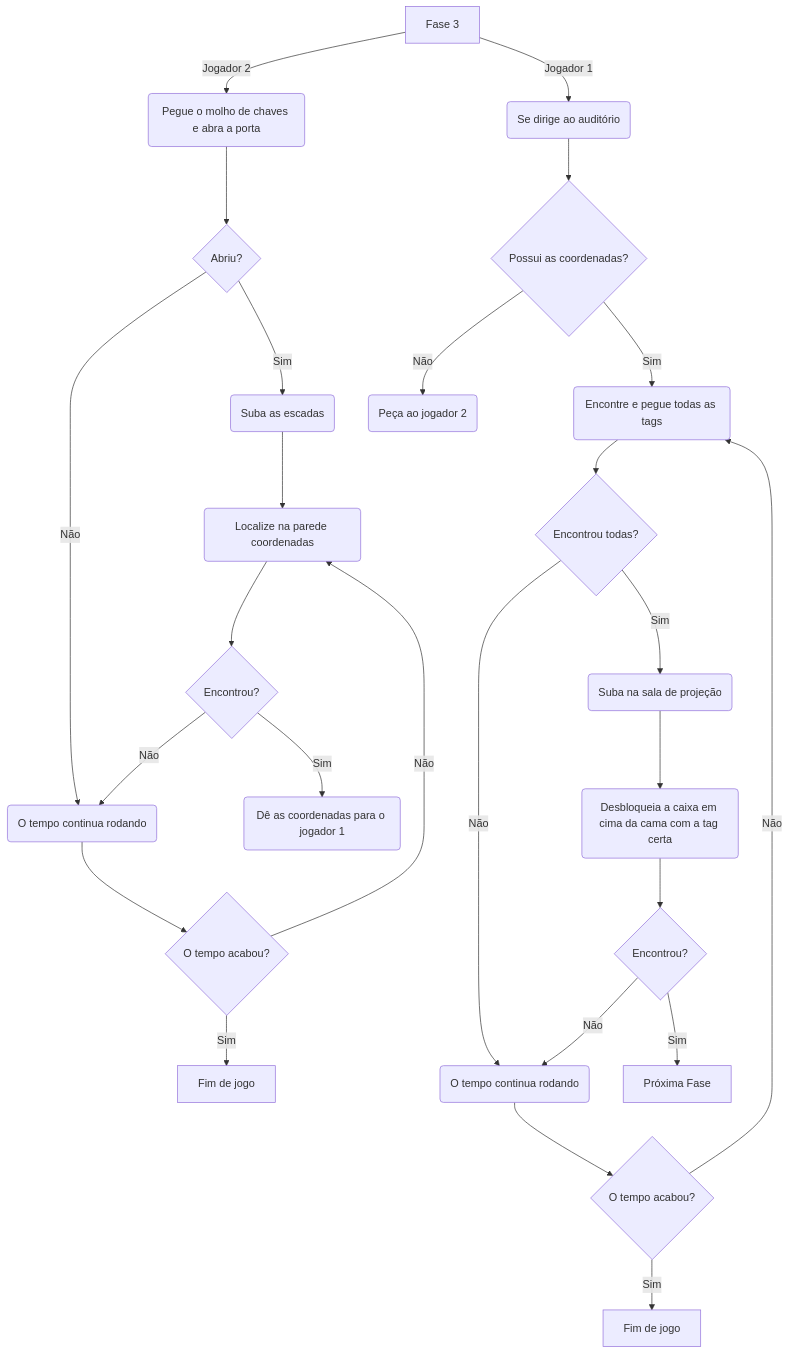
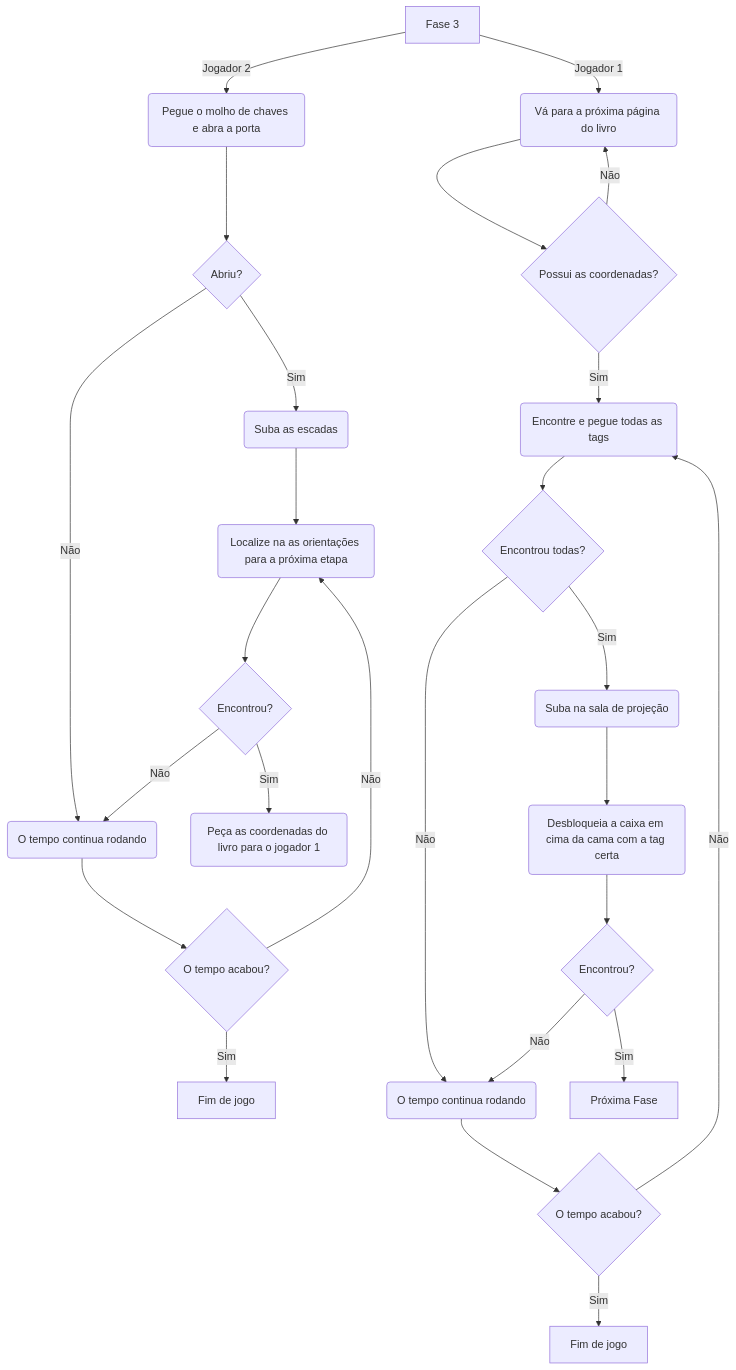
One commit to DinamicCreative/EscapeRoom changed the fourth of 4 diagrams in README.md. Above: the diagram before and after it, drawn with Mermaid.

````diff
--- a/README.md
+++ b/README.md
@@ -110,39 +110,38 @@
 ```mermaid
 flowchart TD
   AA[Fase 3]
-  AA --> |Jogador 1| BB(Se dirige ao auditório)
+  AA --> |Jogador 1| BB(Vá para a próxima página do livro)
   AA --> |Jogador 2| CC(Pegue o molho de chaves e abra a porta)
   CC --> DD{Abriu?}
  
  DD --> |Sim| EE(Suba as escadas)
 DD --> |Não| HH
 
 
- EE --> JJ(Localize na parede coordenadas)
+ EE --> JJ(Localize na as orientações para a próxima etapa)
  JJ --> KK{Encontrou?}
- KK --> |Sim| LL(Dê as coordenadas para o jogador 1  )
+ KK --> |Sim| LL(Peça as coordenadas do livro para o jogador 1)
  KK --> |Não| HH(O tempo continua rodando)
   HH --> MM{O tempo acabou?}
   MM --> |Sim| II[Fim de jogo]
   MM --> |Não| JJ
 
 
 BB --> RR{Possui as coordenadas?}
 RR -->  |Sim| SS(Encontre e pegue todas as tags)
-RR -->  |Não| TT(Peça ao jogador 2)
-
+RR -->  |Não| BB
 
 SS --> UU{Encontrou todas?}
 UU --> |Sim|PP(Suba na sala de projeção)
 UU --> |Não| QQ(O tempo continua rodando)
   QQ --> VV{O tempo acabou?}
   VV --> |Sim| WW[Fim de jogo]
   VV --> |Não| SS
 
 
   PP --> ZZ(Desbloqueia a caixa em cima da cama com a tag certa)
   ZZ --> XX{Encontrou?}
   XX --> |Não|QQ
   XX --> |Sim| OO[Próxima Fase]
 
 ```
````
